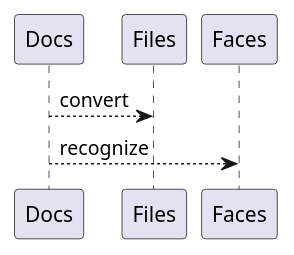
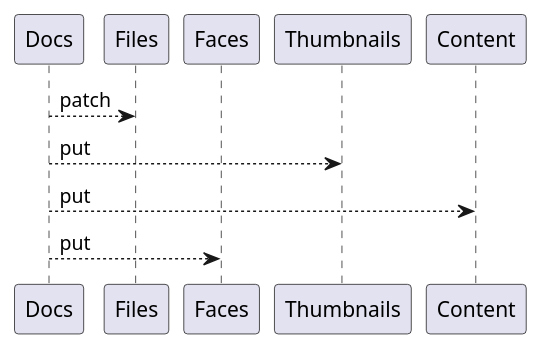
One commit to archie-soft/design changed the second of 2 diagrams in diagrams/workflows.puml. Above: the diagram before and after it, drawn with PlantUML. The commit also changed other lines of this file and 5 other files, not shown here.

Commit message:
update diagrams

```diff
--- a/diagrams/workflows.puml
+++ b/diagrams/workflows.puml
@@ -13,7 +13,9 @@
 @startuml patch_docs
 participant Docs
 participant Files
 participant Faces
-Docs --> Files: convert
-Docs --> Faces: recognize
+Docs --> Files: patch
+Docs --> Thumbnails: put
+Docs --> Content: put
+Docs --> Faces: put
 @enduml
```
